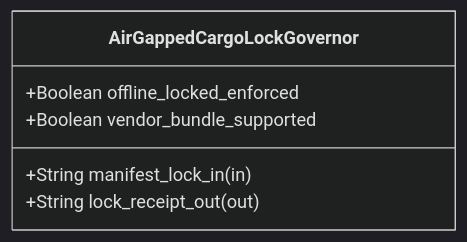
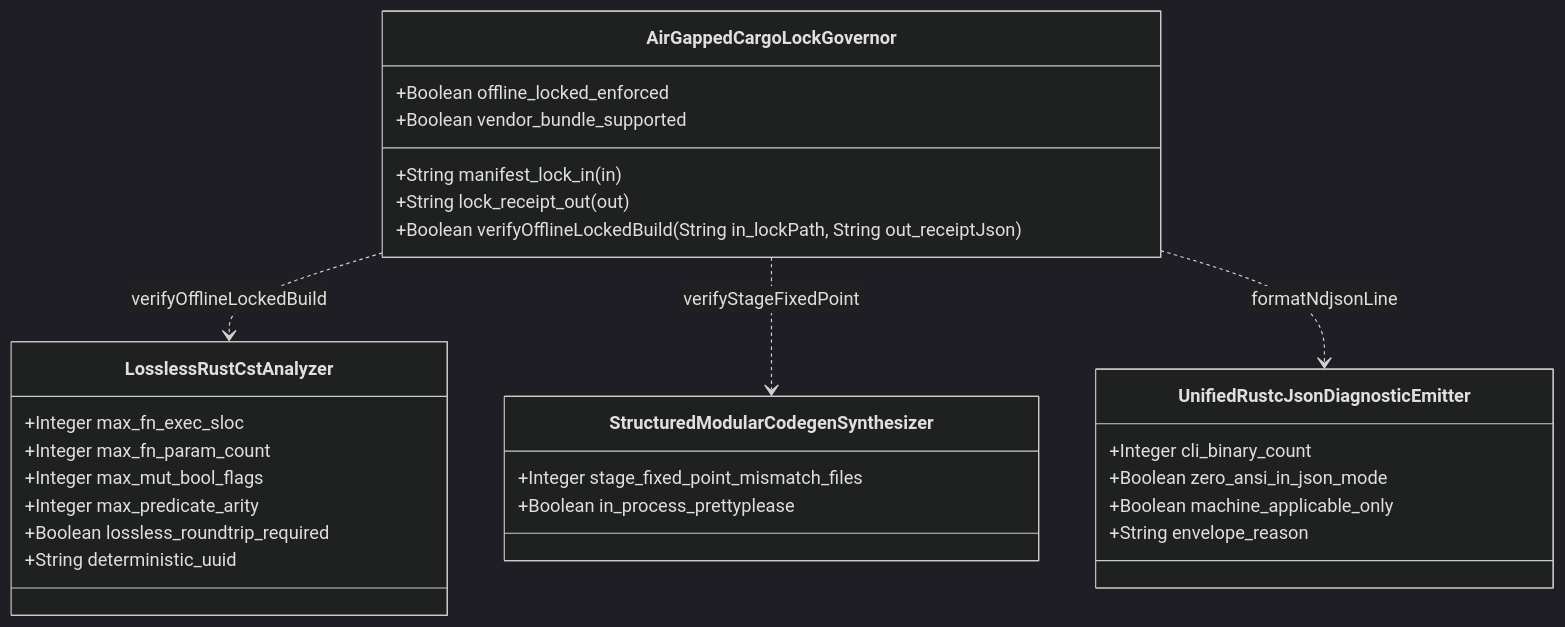
One commit to gintatkinson/DEAP01-spec-core changed the first of 2 diagrams in .pipeline/upstream/docs/features/FEAT-41-AirGappedCargoLockGovernor.md. Above: the diagram before and after it, drawn with Mermaid (dark theme). The commit also changed other lines of this file and 2 other files, not shown here.

````diff
--- a/.pipeline/upstream/docs/features/FEAT-41-AirGappedCargoLockGovernor.md
+++ b/.pipeline/upstream/docs/features/FEAT-41-AirGappedCargoLockGovernor.md
@@ -16,9 +54,31 @@
 ```mermaid
 classDiagram
     class AirGappedCargoLockGovernor {
         +String manifest_lock_in (in)
         +String lock_receipt_out (out)
         +Boolean offline_locked_enforced
         +Boolean vendor_bundle_supported
+        +Boolean verifyOfflineLockedBuild(String in_lockPath, String out_receiptJson)
     }
+    class LosslessRustCstAnalyzer {
+        +Integer max_fn_exec_sloc
+        +Integer max_fn_param_count
+        +Integer max_mut_bool_flags
+        +Integer max_predicate_arity
+        +Boolean lossless_roundtrip_required
+        +String deterministic_uuid
+    }
+    class StructuredModularCodegenSynthesizer {
+        +Integer stage_fixed_point_mismatch_files
+        +Boolean in_process_prettyplease
+    }
+    class UnifiedRustcJsonDiagnosticEmitter {
+        +Integer cli_binary_count
+        +Boolean zero_ansi_in_json_mode
+        +Boolean machine_applicable_only
+        +String envelope_reason
+    }
+    AirGappedCargoLockGovernor ..> LosslessRustCstAnalyzer : verifyOfflineLockedBuild
+    AirGappedCargoLockGovernor ..> StructuredModularCodegenSynthesizer : verifyStageFixedPoint
+    AirGappedCargoLockGovernor ..> UnifiedRustcJsonDiagnosticEmitter : formatNdjsonLine
 ```
````
